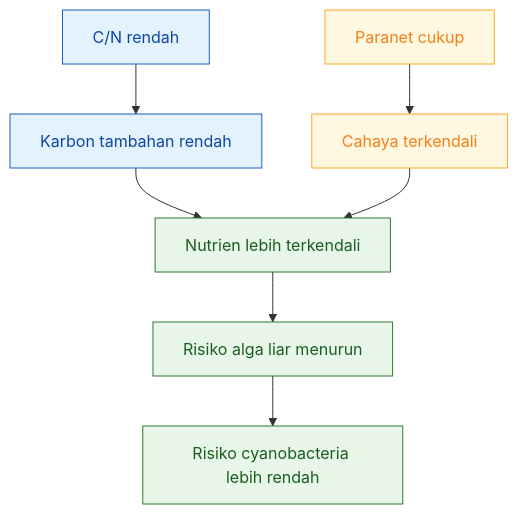
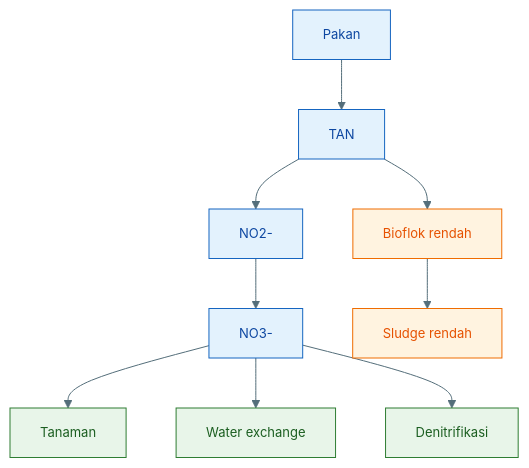
The tenth of 32 diagrams in content/blog/agri/perikanan/ratio-cn-rendah-biflok.mdx (slametsampon/kawruhnology), drawn with Mermaid before and after one commit. The commit also changed other lines of this file, not shown here.

Commit message:
upadte rasio c/n rendah

````diff
--- a/content/blog/agri/perikanan/ratio-cn-rendah-biflok.mdx
+++ b/content/blog/agri/perikanan/ratio-cn-rendah-biflok.mdx
@@ -1314,18 +2277,33 @@
-```mermaid id="w7f2lg"
+```mermaid id="jalur-cn-rendah"
+%%{init: {'theme':'base','themeVariables':{
+'primaryColor':'#E3F2FD',
+'primaryTextColor':'#0D47A1',
+'primaryBorderColor':'#1565C0',
+'secondaryColor':'#E8F5E9',
+'secondaryTextColor':'#1B5E20',
+'secondaryBorderColor':'#2E7D32',
+'tertiaryColor':'#FFF3E0',
+'tertiaryTextColor':'#E65100',
+'tertiaryBorderColor':'#EF6C00',
+'lineColor':'#546E7A',
+'fontSize':'13px'
+}}}%%
 flowchart TD
-    A["C/N rendah"] --> B["Karbon tambahan rendah"]
-    C["Paranet cukup"] --> D["Cahaya terkendali"]
-    B --> E["Nutrien lebih terkendali"]
-    D --> E
-    E --> F["Risiko alga liar menurun"]
-    F --> G["Risiko cyanobacteria lebih rendah"]
+    A["Pakan"] --> B["TAN"]
+    B --> C["NO2-"]
+    C --> D["NO3-"]
+    D --> E["Tanaman"]
+    D --> F["Water exchange"]
+    D --> G["Denitrifikasi"]
 
-    classDef cn fill:#e3f2fd,stroke:#1565c0,color:#0d47a1;
-    classDef light fill:#fff8e1,stroke:#f9a825,color:#f57f17;
-    classDef stable fill:#e8f5e9,stroke:#2e7d32,color:#1b5e20;
-    classDef risk fill:#ffebee,stroke:#c62828,color:#b71c1c;
+    B --> H["Bioflok rendah"]
+    H --> I["Sludge rendah"]
 
-    class A,B cn;
-    class C,D light;
-    class E,F,G stable;
+    classDef nitrogen fill:#E3F2FD,stroke:#1565C0,color:#0D47A1;
+    classDef keluar fill:#E8F5E9,stroke:#2E7D32,color:#1B5E20;
+    classDef padatan fill:#FFF3E0,stroke:#EF6C00,color:#E65100;
+
+    class A,B,C,D nitrogen;
+    class E,F,G keluar;
+    class H,I padatan;
 ```
````
